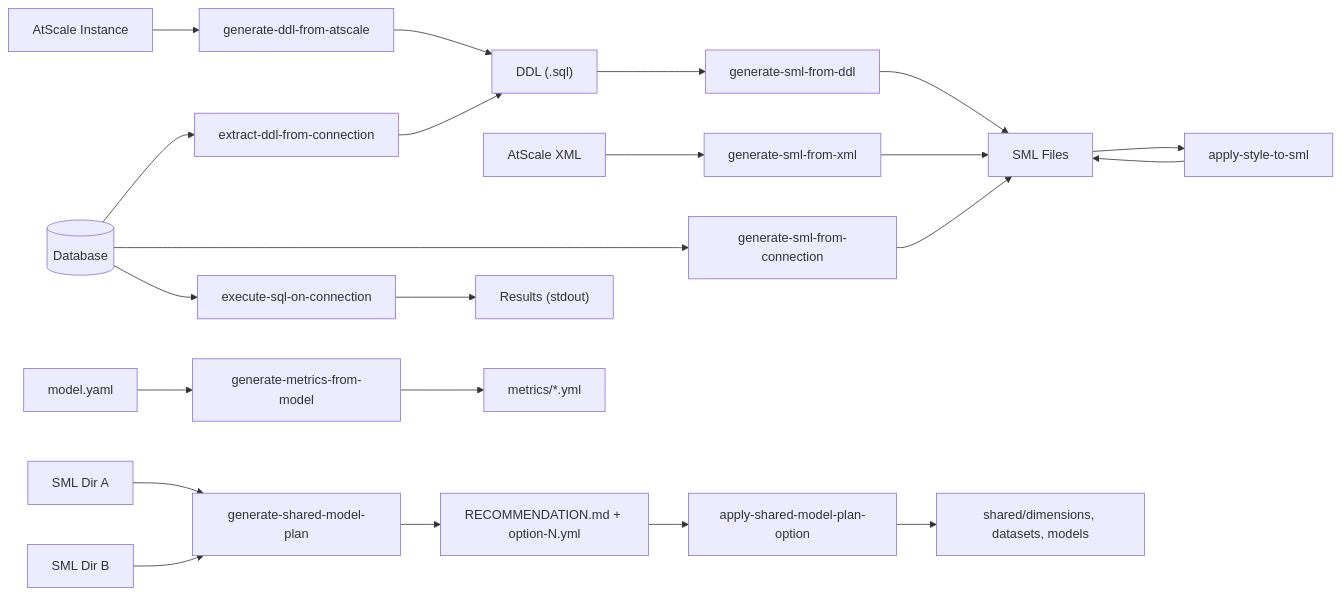
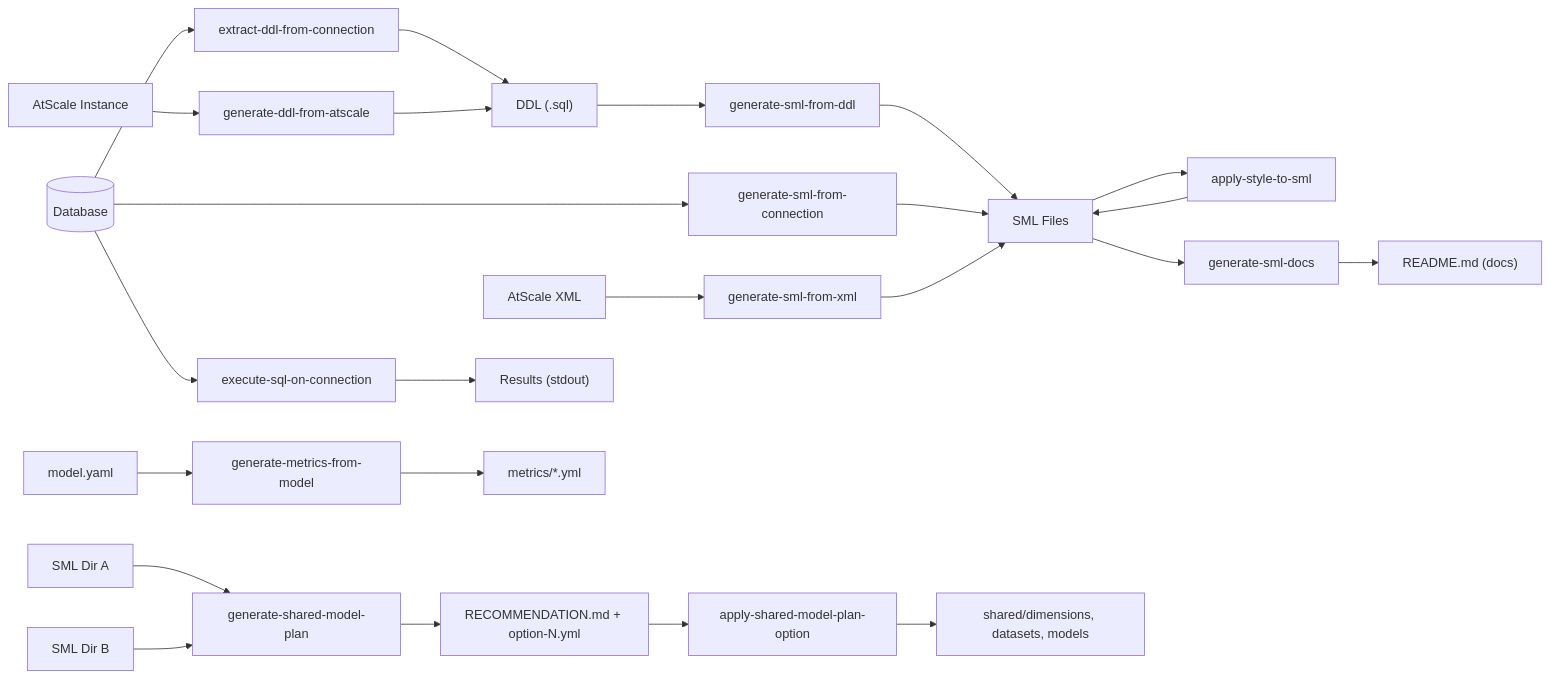
The second of 8 diagrams in README.md (AtScaleInc/ps-utils), drawn with Mermaid before and after one commit. The commit also changed other lines of this file and 34 other files, not shown here.

````diff
--- a/README.md
+++ b/README.md
@@ -35,14 +35,15 @@
 ```mermaid
 flowchart LR
     DB[("Database")] --> A["extract-ddl-from-connection"] --> DDL["DDL (.sql)"]
     ATS["AtScale Instance"] --> B["generate-ddl-from-atscale"] --> DDL
     DDL --> C["generate-sml-from-ddl"] --> SML["SML Files"]
     DB --> D["generate-sml-from-connection"] --> SML
     XML["AtScale XML"] --> G["generate-sml-from-xml"] --> SML
     SML2A["SML Dir A"] --> H["generate-shared-model-plan"] --> PLAN["RECOMMENDATION.md + option-N.yml"]
     SML2B["SML Dir B"] --> H
     PLAN --> I["apply-shared-model-plan-option"] --> SHARED["shared/dimensions, datasets, models"]
     DB --> E["execute-sql-on-connection"] --> OUT["Results (stdout)"]
     MODEL["model.yaml"] --> F["generate-metrics-from-model"] --> METRICS["metrics/*.yml"]
     SML --> J["apply-style-to-sml"] --> SML
+    SML --> K["generate-sml-docs"] --> DOCS["README.md (docs)"]
 ```
````
